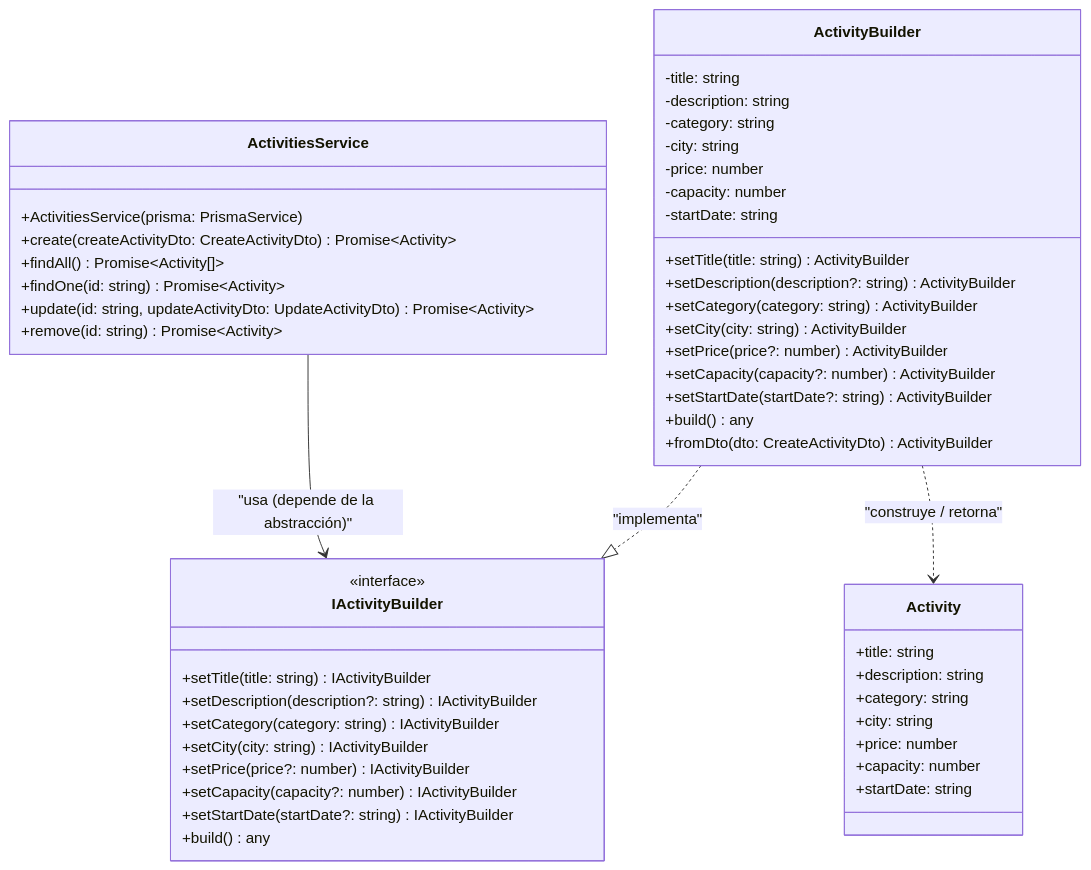
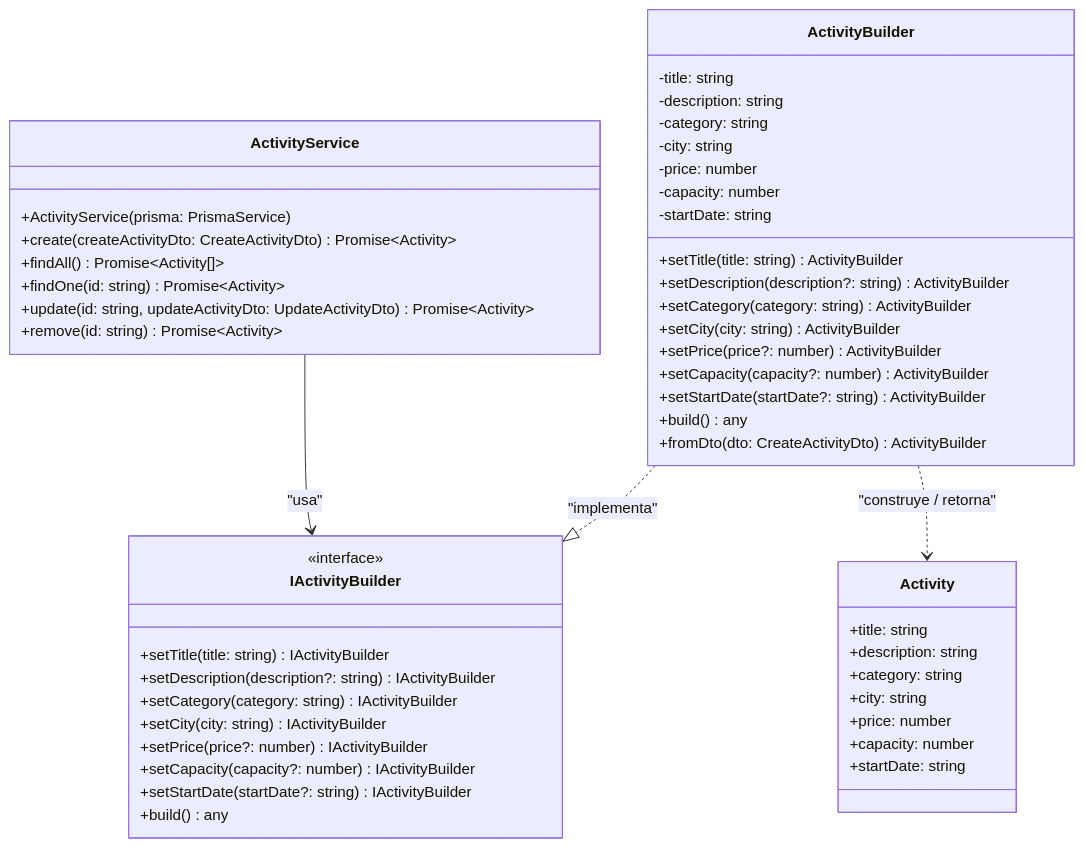
Before and after one commit to CaroDevs/Grupo1_Reto1_EventosMedellin: the second of 2 diagrams in docs/patrones-creacionales/justificacion.md, drawn with Mermaid. The commit also changed other lines of this file, not shown here.

Commit message:
Update justificacion Builder.md

````diff
--- a/docs/patrones-creacionales/justificacion.md
+++ b/docs/patrones-creacionales/justificacion.md
@@ -97,56 +97,56 @@
 ```mermaid
 classDiagram
     class IActivityBuilder {
             <<interface>>
             +setTitle(title: string) IActivityBuilder
             +setDescription(description?: string) IActivityBuilder
             +setCategory(category: string) IActivityBuilder
             +setCity(city: string) IActivityBuilder
             +setPrice(price?: number) IActivityBuilder
             +setCapacity(capacity?: number) IActivityBuilder
             +setStartDate(startDate?: string) IActivityBuilder
             +build() any
         }
     
         class ActivityBuilder {
             -title: string
             -description: string
             -category: string
             -city: string
             -price: number 
             -capacity: number 
             -startDate: string 
             +setTitle(title: string) ActivityBuilder
             +setDescription(description?: string) ActivityBuilder
             +setCategory(category: string) ActivityBuilder
             +setCity(city: string) ActivityBuilder
             +setPrice(price?: number) ActivityBuilder
             +setCapacity(capacity?: number) ActivityBuilder
             +setStartDate(startDate?: string) ActivityBuilder
             +build() any
             +fromDto(dto: CreateActivityDto) ActivityBuilder
         }
     
-        class ActivitiesService {
-            +ActivitiesService(prisma: PrismaService)
+        class ActivityService {
+            +ActivityService(prisma: PrismaService)
             +create(createActivityDto: CreateActivityDto) Promise~Activity~
             +findAll() Promise~Activity[]~
             +findOne(id: string) Promise~Activity~
             +update(id: string, updateActivityDto: UpdateActivityDto) Promise~Activity~
             +remove(id: string) Promise~Activity~
         }
     
         class Activity {
             +title: string
             +description: string
             +category: string
             +city: string
             +price: number 
             +capacity: number 
             +startDate: string 
         }
     ActivityBuilder ..|> IActivityBuilder : "implementa"
-    ActivitiesService --> IActivityBuilder : "usa (depende de la abstracción)"
+    ActivityService --> IActivityBuilder : "usa"
     ActivityBuilder ..> Activity : "construye / retorna"
 
 ```
````
